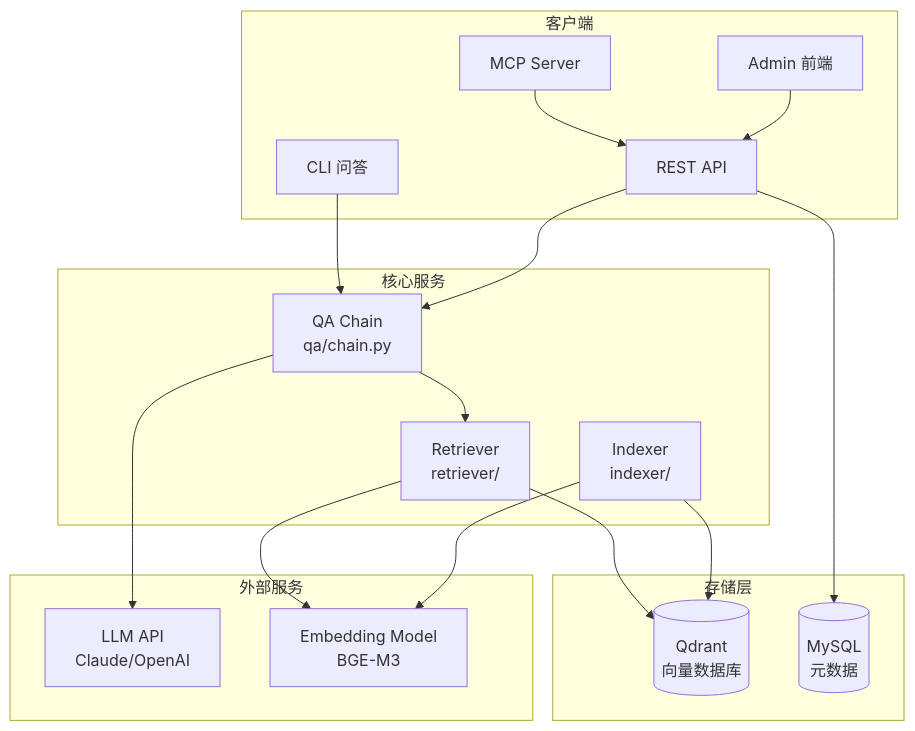
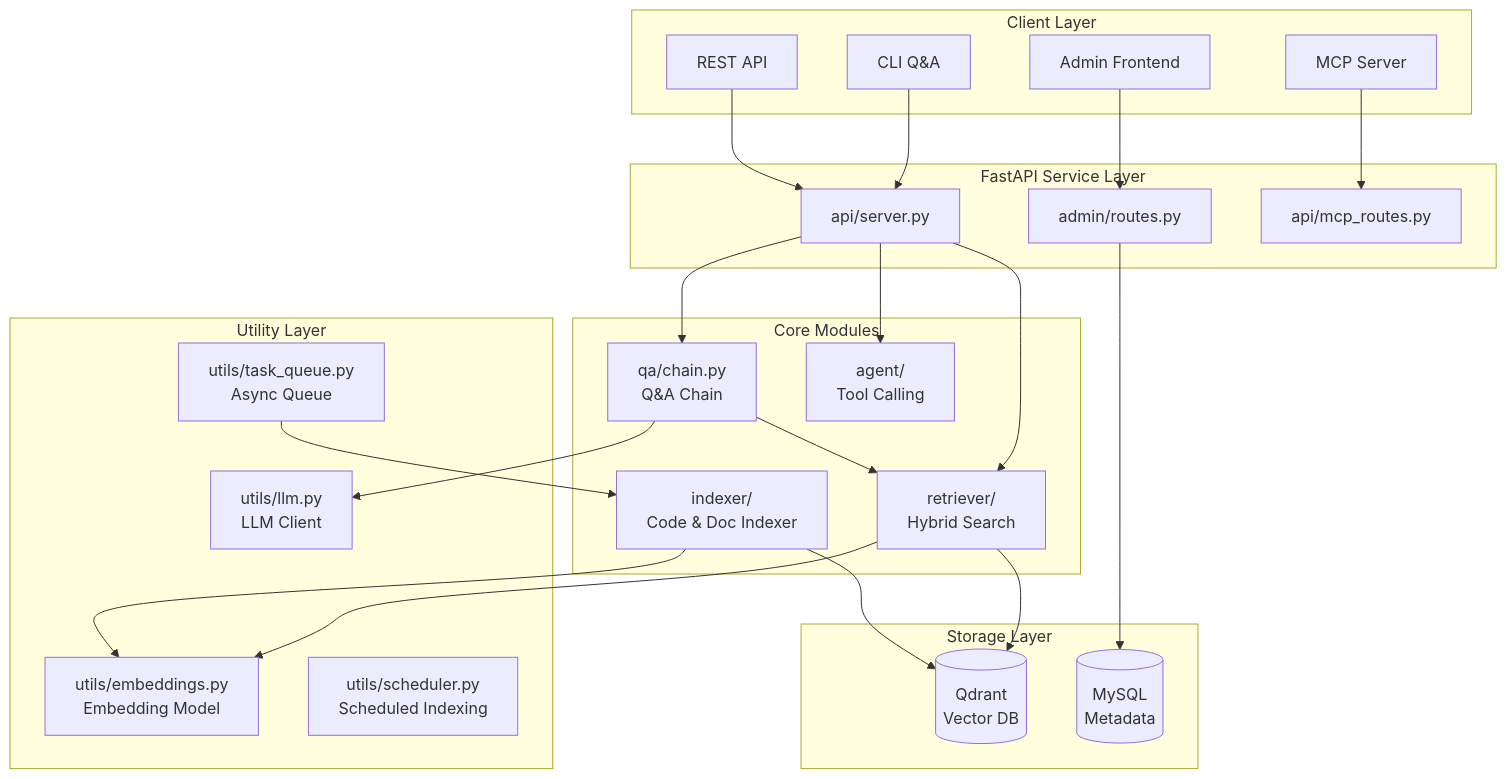
Before and after one commit to fengshao1227/woerk_rag: the diagram in CLAUDE.md, drawn with Mermaid. The commit also changed other lines of this file and 13 other files, not shown here.

````diff
--- a/CLAUDE.md
+++ b/CLAUDE.md
@@ -54,39 +22,54 @@
 ```mermaid
 graph TB
-    subgraph Client["客户端"]
-        CLI[CLI 问答]
-        API[REST API]
+    subgraph Clients["Client Layer"]
+        CLI[CLI Q&A]
+        REST[REST API]
         MCP[MCP Server]
-        Admin[Admin 前端]
+        Admin[Admin Frontend]
     end
 
-    subgraph Core["核心服务"]
-        QA[QA Chain<br/>qa/chain.py]
-        Retriever[Retriever<br/>retriever/]
-        Indexer[Indexer<br/>indexer/]
+    subgraph API["FastAPI Service Layer"]
+        Server[api/server.py]
+        AdminRoutes[admin/routes.py]
+        MCPRoutes[api/mcp_routes.py]
     end
 
-    subgraph Storage["存储层"]
-        Qdrant[(Qdrant<br/>向量数据库)]
-        MySQL[(MySQL<br/>元数据)]
+    subgraph Core["Core Modules"]
+        QA[qa/chain.py<br/>Q&A Chain]
+        Retriever[retriever/<br/>Hybrid Search]
+        Indexer[indexer/<br/>Code & Doc Indexer]
+        Agent[agent/<br/>Tool Calling]
     end
 
-    subgraph External["外部服务"]
-        LLM[LLM API<br/>Claude/OpenAI]
-        Embedding[Embedding Model<br/>BGE-M3]
+    subgraph Utils["Utility Layer"]
+        LLM[utils/llm.py<br/>LLM Client]
+        Embedding[utils/embeddings.py<br/>Embedding Model]
+        TaskQueue[utils/task_queue.py<br/>Async Queue]
+        Scheduler[utils/scheduler.py<br/>Scheduled Indexing]
     end
 
-    CLI --> QA
-    API --> QA
-    MCP --> API
-    Admin --> API
+    subgraph Storage["Storage Layer"]
+        Qdrant[(Qdrant<br/>Vector DB)]
+        MySQL[(MySQL<br/>Metadata)]
+    end
+
+    CLI --> Server
+    REST --> Server
+    MCP --> MCPRoutes
+    Admin --> AdminRoutes
+
+    Server --> QA
+    Server --> Retriever
+    Server --> Agent
+    AdminRoutes --> MySQL
 
     QA --> Retriever
     QA --> LLM
     Retriever --> Qdrant
     Retriever --> Embedding
+
+    Indexer --> Embedding
     Indexer --> Qdrant
-    Indexer --> Embedding
 
-    API --> MySQL
+    TaskQueue --> Indexer
 ```
````
